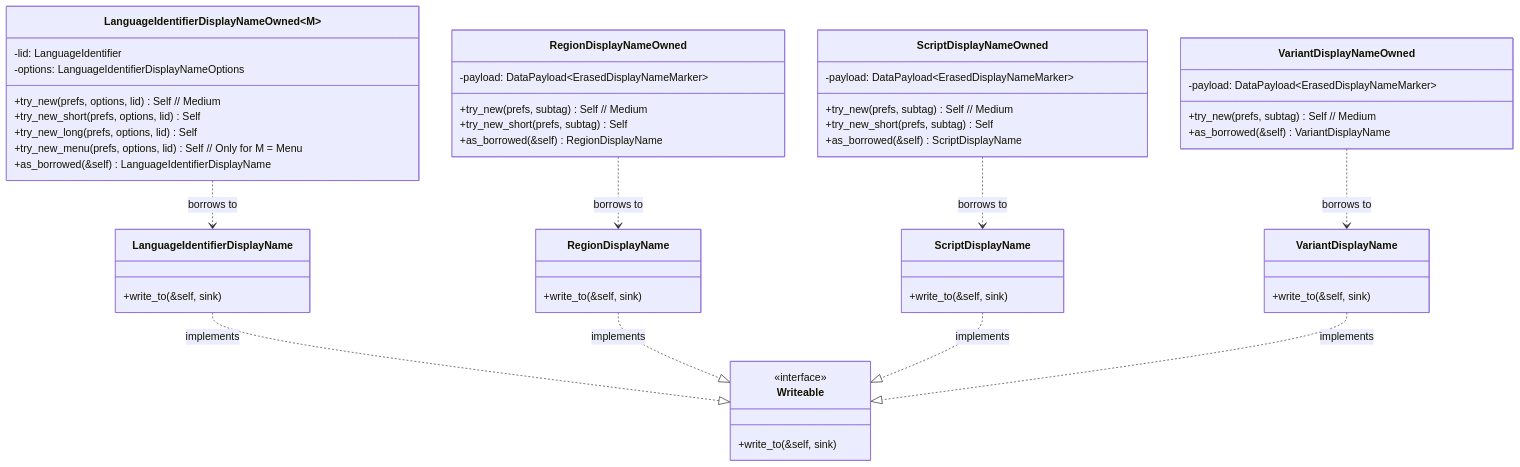
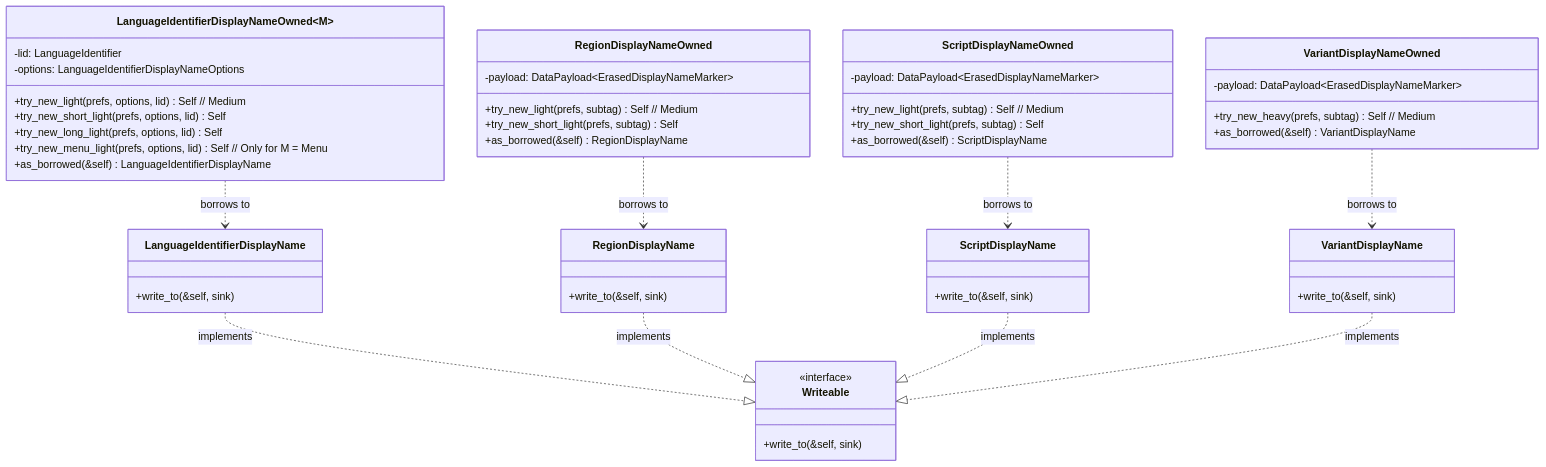
One commit to unicode-org/icu4x changed the diagram in components/experimental/src/displaynames/single/README.md. Above: the diagram before and after it, drawn with Mermaid. The commit also changed other lines of this file and 6 other files, not shown here.

First line of the commit message:
🤖 Rename displaynames single constructors to light/tiny/heavy tier convention

````diff
--- a/components/experimental/src/displaynames/single/README.md
+++ b/components/experimental/src/displaynames/single/README.md
@@ -13,57 +13,57 @@
 ```mermaid
 classDiagram
     class Writeable {
         <<interface>>
         +write_to(&self, sink)
     }
 
     class LanguageIdentifierDisplayNameOwned~M~ {
         -lid: LanguageIdentifier
         -options: LanguageIdentifierDisplayNameOptions
-        +try_new(prefs, options, lid) Self  // Medium
-        +try_new_short(prefs, options, lid) Self
-        +try_new_long(prefs, options, lid) Self
-        +try_new_menu(prefs, options, lid) Self // Only for M = Menu
+        +try_new_light(prefs, options, lid) Self  // Medium
+        +try_new_short_light(prefs, options, lid) Self
+        +try_new_long_light(prefs, options, lid) Self
+        +try_new_menu_light(prefs, options, lid) Self // Only for M = Menu
         +as_borrowed(&self) LanguageIdentifierDisplayName
     }
     class LanguageIdentifierDisplayName {
         +write_to(&self, sink)
     }
     LanguageIdentifierDisplayNameOwned ..> LanguageIdentifierDisplayName : borrows to
     LanguageIdentifierDisplayName ..|> Writeable : implements
 
     class RegionDisplayNameOwned {
         -payload: DataPayload~ErasedDisplayNameMarker~
-        +try_new(prefs, subtag) Self // Medium
-        +try_new_short(prefs, subtag) Self
+        +try_new_light(prefs, subtag) Self // Medium
+        +try_new_short_light(prefs, subtag) Self
         +as_borrowed(&self) RegionDisplayName
     }
     class RegionDisplayName {
         +write_to(&self, sink)
     }
     RegionDisplayNameOwned ..> RegionDisplayName : borrows to
     RegionDisplayName ..|> Writeable : implements
 
     class ScriptDisplayNameOwned {
         -payload: DataPayload~ErasedDisplayNameMarker~
-        +try_new(prefs, subtag) Self // Medium
-        +try_new_short(prefs, subtag) Self
+        +try_new_light(prefs, subtag) Self // Medium
+        +try_new_short_light(prefs, subtag) Self
         +as_borrowed(&self) ScriptDisplayName
     }
     class ScriptDisplayName {
         +write_to(&self, sink)
     }
     ScriptDisplayNameOwned ..> ScriptDisplayName : borrows to
     ScriptDisplayName ..|> Writeable : implements
 
     class VariantDisplayNameOwned {
         -payload: DataPayload~ErasedDisplayNameMarker~
-        +try_new(prefs, subtag) Self // Medium
+        +try_new_heavy(prefs, subtag) Self // Medium
         +as_borrowed(&self) VariantDisplayName
     }
     class VariantDisplayName {
         +write_to(&self, sink)
     }
     VariantDisplayNameOwned ..> VariantDisplayName : borrows to
     VariantDisplayName ..|> Writeable : implements
 ```
````
